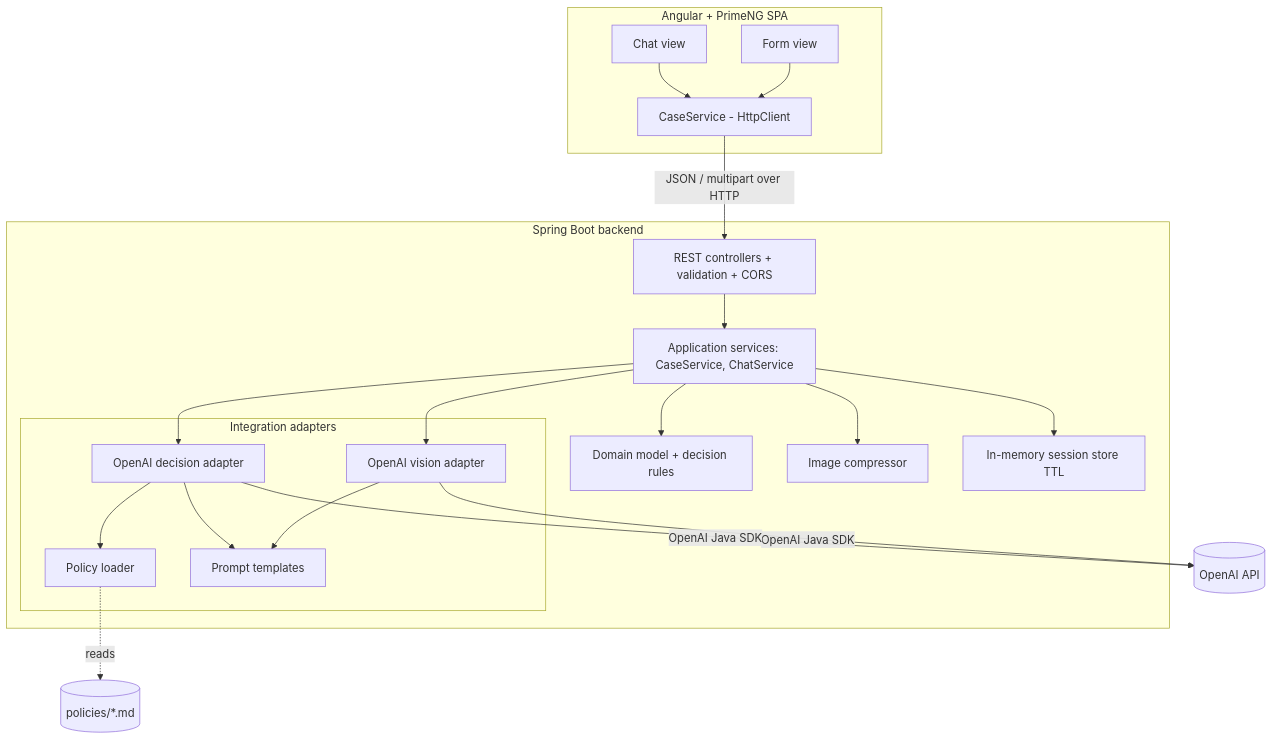
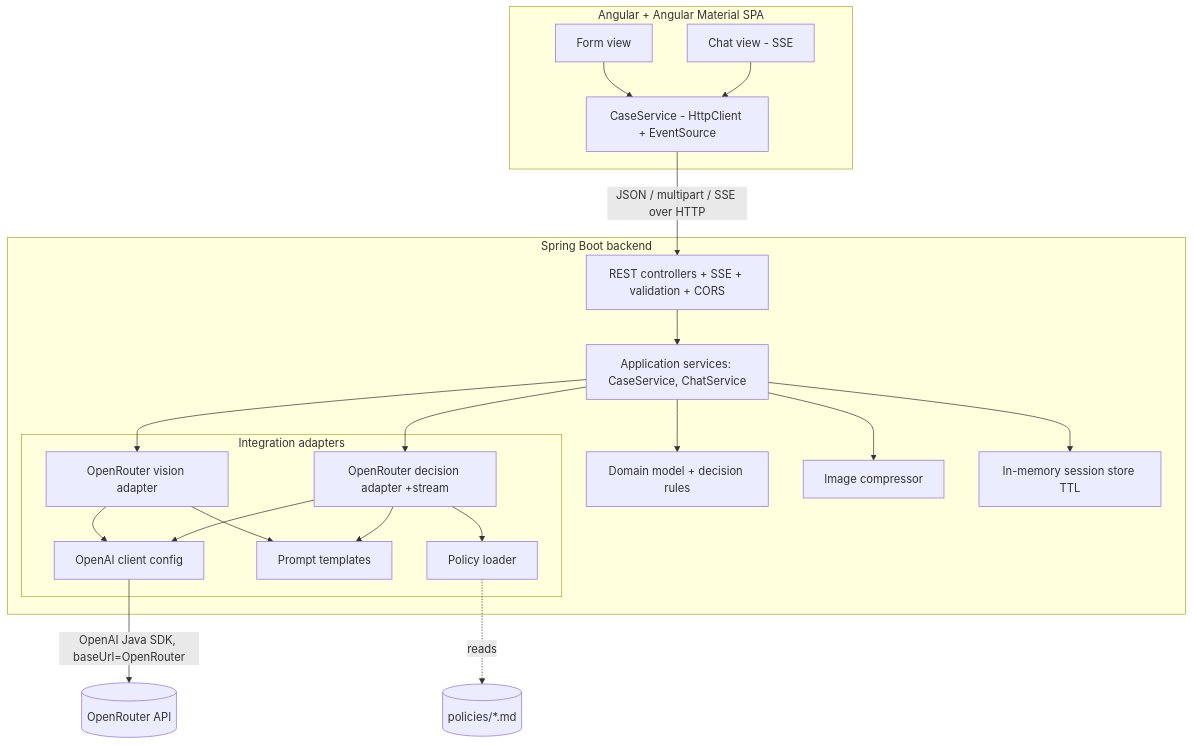
The first of 5 diagrams in docs/ADR/000-main-architecture.md (marcinws/AI-Programming-Course-NBP-22-06-2026), drawn with Mermaid before and after one commit. The commit also changed other lines of this file and 5 other files, not shown here.

````diff
--- a/docs/ADR/000-main-architecture.md
+++ b/docs/ADR/000-main-architecture.md
@@ -213,35 +213,37 @@
 ```mermaid
 flowchart TB
-    subgraph FE[Angular + PrimeNG SPA]
+    subgraph FE[Angular + Angular Material SPA]
         FormV[Form view]
-        ChatV[Chat view]
-        CSvc[CaseService - HttpClient]
+        ChatV[Chat view - SSE]
+        CSvc[CaseService - HttpClient + EventSource]
         FormV --> CSvc
         ChatV --> CSvc
     end
     subgraph BE[Spring Boot backend]
-        Ctl[REST controllers + validation + CORS]
+        Ctl[REST controllers + SSE + validation + CORS]
         App[Application services: CaseService, ChatService]
         Dom[Domain model + decision rules]
         Img[Image compressor]
         Store[In-memory session store TTL]
         subgraph INT[Integration adapters]
-            Vis[OpenAI vision adapter]
-            Dec[OpenAI decision adapter]
+            Vis[OpenRouter vision adapter]
+            Dec[OpenRouter decision adapter +stream]
             Pol[Policy loader]
             Prm[Prompt templates]
+            Cfg[OpenAI client config]
         end
         Ctl --> App --> Dom
         App --> Img
         App --> Store
         App --> Vis
         App --> Dec
+        Vis --> Cfg
+        Dec --> Cfg
         Dec --> Pol
         Vis --> Prm
         Dec --> Prm
     end
-    CSvc -->|JSON / multipart over HTTP| Ctl
-    Vis -->|OpenAI Java SDK| OAI[(OpenAI API)]
-    Dec -->|OpenAI Java SDK| OAI
+    CSvc -->|JSON / multipart / SSE over HTTP| Ctl
+    Cfg -->|OpenAI Java SDK, baseUrl=OpenRouter| OR[(OpenRouter API)]
     Pol -.reads.-> Docs[(policies/*.md)]
 ```
````
